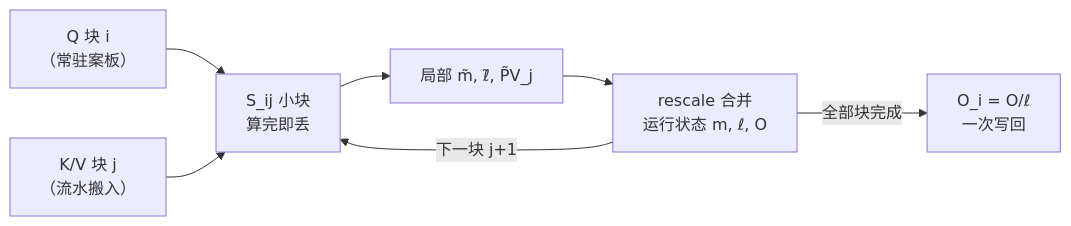
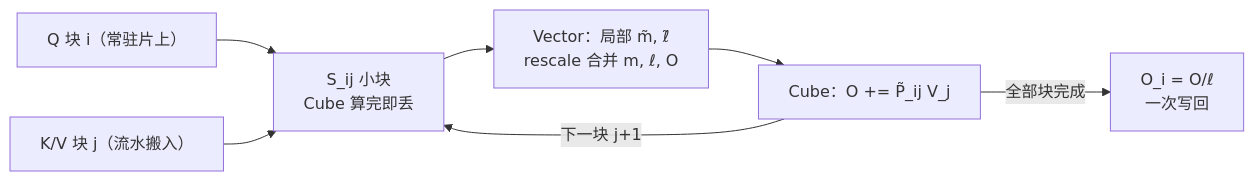
Diagram 24 of 27 in AscendC算子学习指导.md (kangdl/AscendC_Basic_Knowledge), drawn with Mermaid before and after one commit. The commit also changed other lines of this file and 3 other files, not shown here.

````diff
--- a/AscendC算子学习指导.md
+++ b/AscendC算子学习指导.md
@@ -5262,9 +5343,9 @@
 ```mermaid
 flowchart LR
-    Q["Q 块 i<br/>（常驻案板）"] --> S["S_ij 小块<br/>算完即丢"]
-    K["K/V 块 j<br/>（流水搬入）"] --> S
-    S --> M["局部 m̃, ℓ̃, P̃V_j"]
-    M --> R["rescale 合并<br/>运行状态 m, ℓ, O"]
-    R -->|"下一块 j+1"| S
-    R -->|"全部块完成"| O["O_i = O/ℓ<br/>一次写回"]
+    Q["Q 块 i（常驻片上）"] --> S["S_ij 小块<br/>Cube 算完即丢"]
+    K["K/V 块 j（流水搬入）"] --> S
+    S --> M["Vector：局部 m̃, ℓ̃<br/>rescale 合并 m, ℓ, O"]
+    M --> PV["Cube：O += P̃_ij V_j"]
+    PV -->|"下一块 j+1"| S
+    PV -->|"全部块完成"| O["O_i = O/ℓ<br/>一次写回"]
 ```
````
